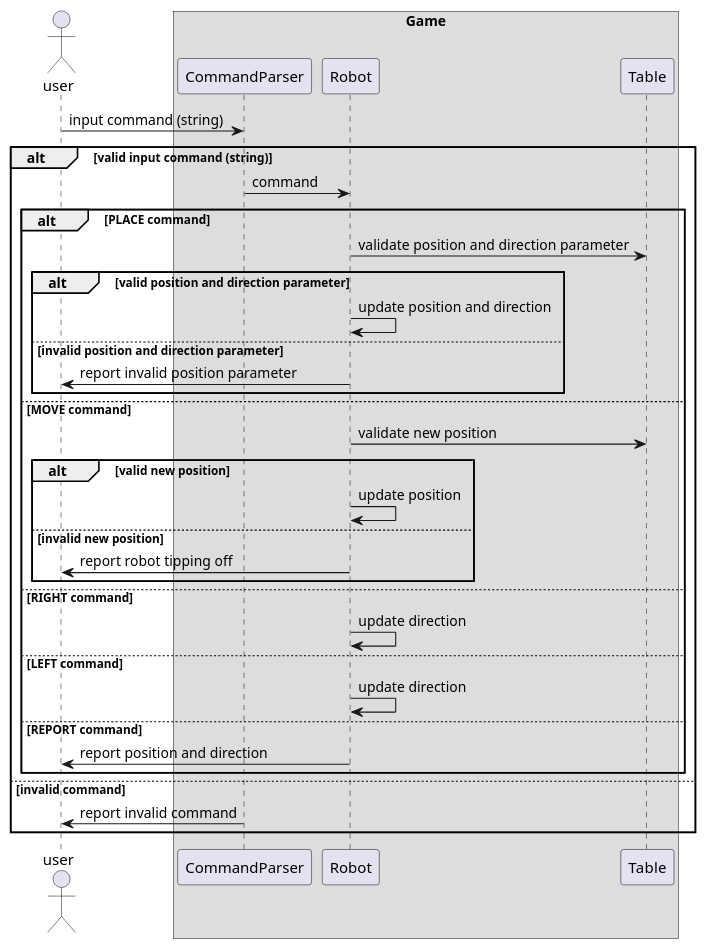
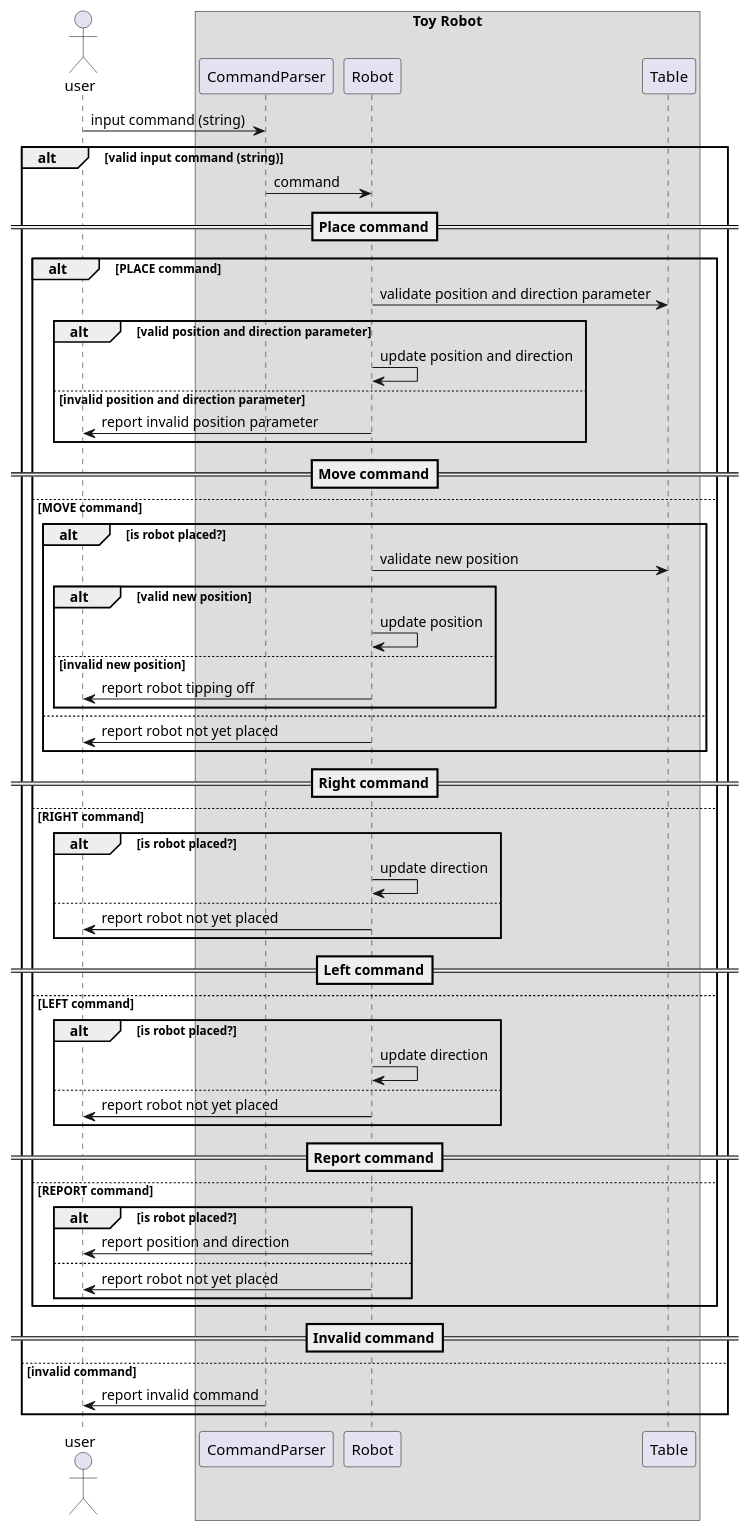
Before and after one commit to acebelaro/ToyRobot_AceBelaro: the diagram in doc/puml/sequence.puml, drawn with PlantUML. The commit also changed 10 other files, not shown here.

Commit message:
- renamed game to toy robot - updated sequence diagram : added check if robot is placed - updated class diagram : command-robot relation ship and class rename - added break in loop of direction to string if match is already found - updated make file due to rename

```diff
--- a/doc/puml/sequence.puml
+++ b/doc/puml/sequence.puml
@@ -1,64 +1,116 @@
 @startuml
 
 actor user
-box Game
+box Toy Robot
 participant CommandParser
 participant Robot
 participant Table
 end box
 
 user -> CommandParser : input command (string)
 
 alt valid input command (string)
 
 CommandParser -> Robot : command
+
+==Place command==
 
 alt PLACE command
 
 Robot -> Table : validate position and direction parameter
 
 alt valid position and direction parameter
 
 Robot -> Robot : update position and direction
 
 else invalid position and direction parameter
 
 Robot -> user : report invalid position parameter
 
 end
+'valid position and direction parameter
+
+==Move command==
 
 else MOVE command
+
+alt is robot placed?
 
 Robot -> Table : validate new position
 
 alt valid new position 
 
 Robot -> Robot : update position
 
 else invalid new position 
 
 Robot -> user : report robot tipping off
 
 end
+'valid new position 
+
+else
+
+Robot -> user : report robot not yet placed
+
+end
+'is robot placed?
+
+==Right command==
 
 else RIGHT command
 
+alt is robot placed?
+
 Robot -> Robot : update direction
+
+else
+
+Robot -> user : report robot not yet placed
+
+end
+'is robot placed?
+
+==Left command==
 
 else LEFT command
 
+alt is robot placed?
+
 Robot -> Robot : update direction
+
+else
+
+Robot -> user : report robot not yet placed
+
+end
+'is robot placed?
+
+==Report command==
 
 else REPORT command
 
+alt is robot placed?
+
 Robot -> user : report position and direction
 
+else
+
+Robot -> user : report robot not yet placed
+
 end
+'is robot placed?
+
+end
+'PLACE command
+
+==Invalid command==
 
 else invalid command
 
 CommandParser -> user : report invalid command
 
 end
+'valid input command (string)
 
 @enduml
```
